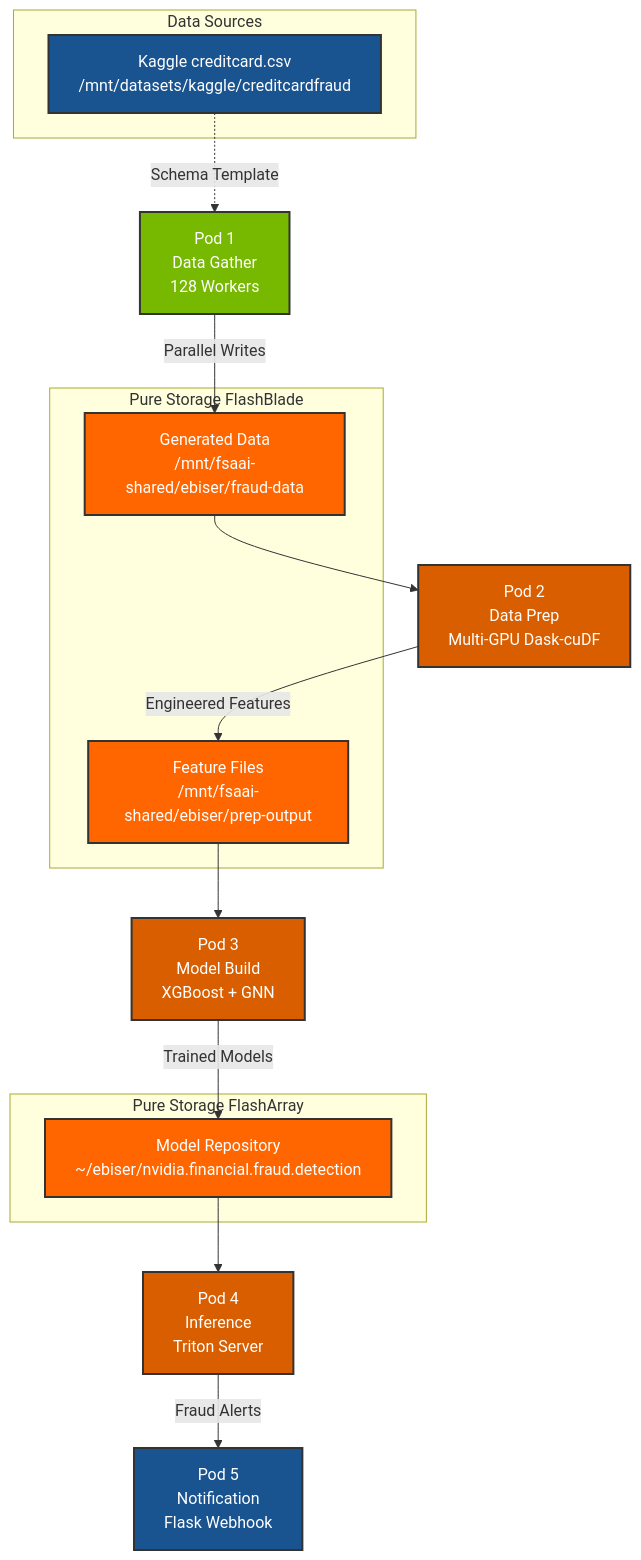
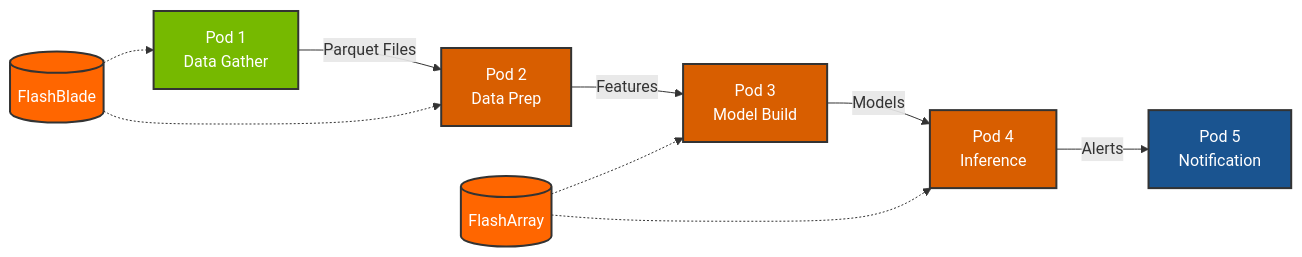
The diagram in README.md (PureStorage-OpenConnect/fraud-detection-demo), drawn with Mermaid before and after one commit. The commit also changed other lines of this file, not shown here.

Commit message:
adding Dask-cuDF for GPU parallel processing

````diff
--- a/README.md
+++ b/README.md
@@ -22,34 +22,20 @@
 ```mermaid
-graph TB
-    subgraph "Data Sources"
-        KAGGLE[Kaggle creditcard.csv<br/>/mnt/datasets/kaggle/creditcardfraud]
-    end
+graph LR
+    A[Pod 1<br/>Data Gather] -->|Parquet Files| B[Pod 2<br/>Data Prep]
+    B -->|Features| C[Pod 3<br/>Model Build]
+    C -->|Models| D[Pod 4<br/>Inference]
+    D -->|Alerts| E[Pod 5<br/>Notification]
     
-    subgraph "Pure Storage FlashBlade"
-        FB_OUT[Generated Data<br/>/mnt/fsaai-shared/ebiser/fraud-data]
-        FB_PREP[Feature Files<br/>/mnt/fsaai-shared/ebiser/prep-output]
-    end
-    
-    subgraph "Pure Storage FlashArray"
-        FA[Model Repository<br/>~/ebiser/nvidia.financial.fraud.detection]
-    end
-    
-    KAGGLE -.->|Schema Template| A[Pod 1<br/>Data Gather<br/>128 Workers]
-    A -->|Parallel Writes| FB_OUT
-    FB_OUT --> B[Pod 2<br/>Data Prep<br/>Multi-GPU Dask-cuDF]
-    B -->|Engineered Features| FB_PREP
-    FB_PREP --> C[Pod 3<br/>Model Build<br/>XGBoost + GNN]
-    C -->|Trained Models| FA
-    FA --> D[Pod 4<br/>Inference<br/>Triton Server]
-    D -->|Fraud Alerts| E[Pod 5<br/>Notification<br/>Flask Webhook]
+    FB[(FlashBlade)] -.-> A
+    FB -.-> B
+    FA[(FlashArray)] -.-> C
+    FA -.-> D
     
     style A fill:#76B900,stroke:#333,stroke-width:2px,color:#fff
     style B fill:#d85e00,stroke:#333,stroke-width:2px,color:#fff
     style C fill:#d85e00,stroke:#333,stroke-width:2px,color:#fff
     style D fill:#d85e00,stroke:#333,stroke-width:2px,color:#fff
     style E fill:#1a5490,stroke:#333,stroke-width:2px,color:#fff
-    style KAGGLE fill:#1a5490,stroke:#333,stroke-width:2px,color:#fff
-    style FB_OUT fill:#FF6600,stroke:#333,stroke-width:2px,color:#fff
-    style FB_PREP fill:#FF6600,stroke:#333,stroke-width:2px,color:#fff
+    style FB fill:#FF6600,stroke:#333,stroke-width:2px,color:#fff
     style FA fill:#FF6600,stroke:#333,stroke-width:2px,color:#fff
 ```
````
